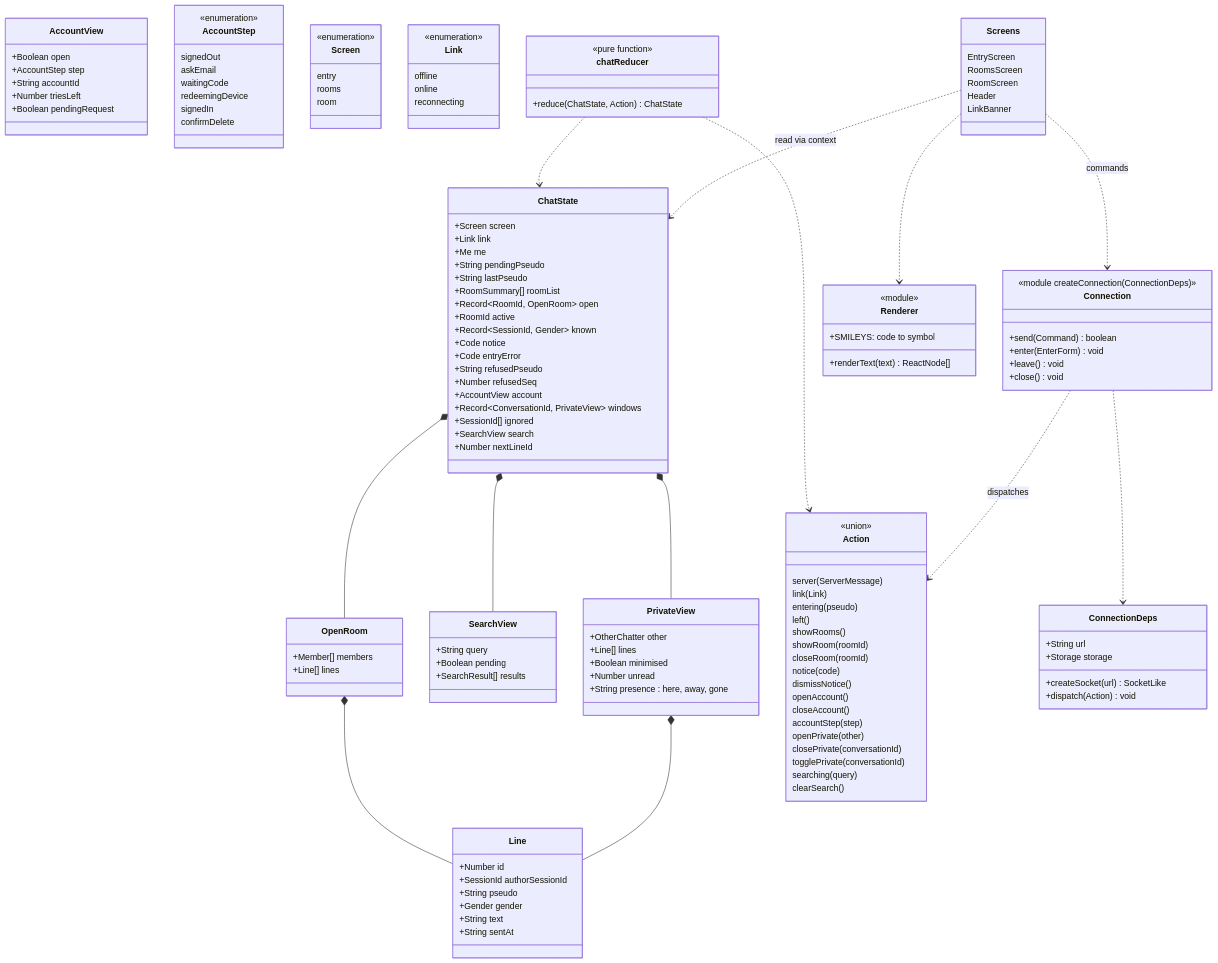
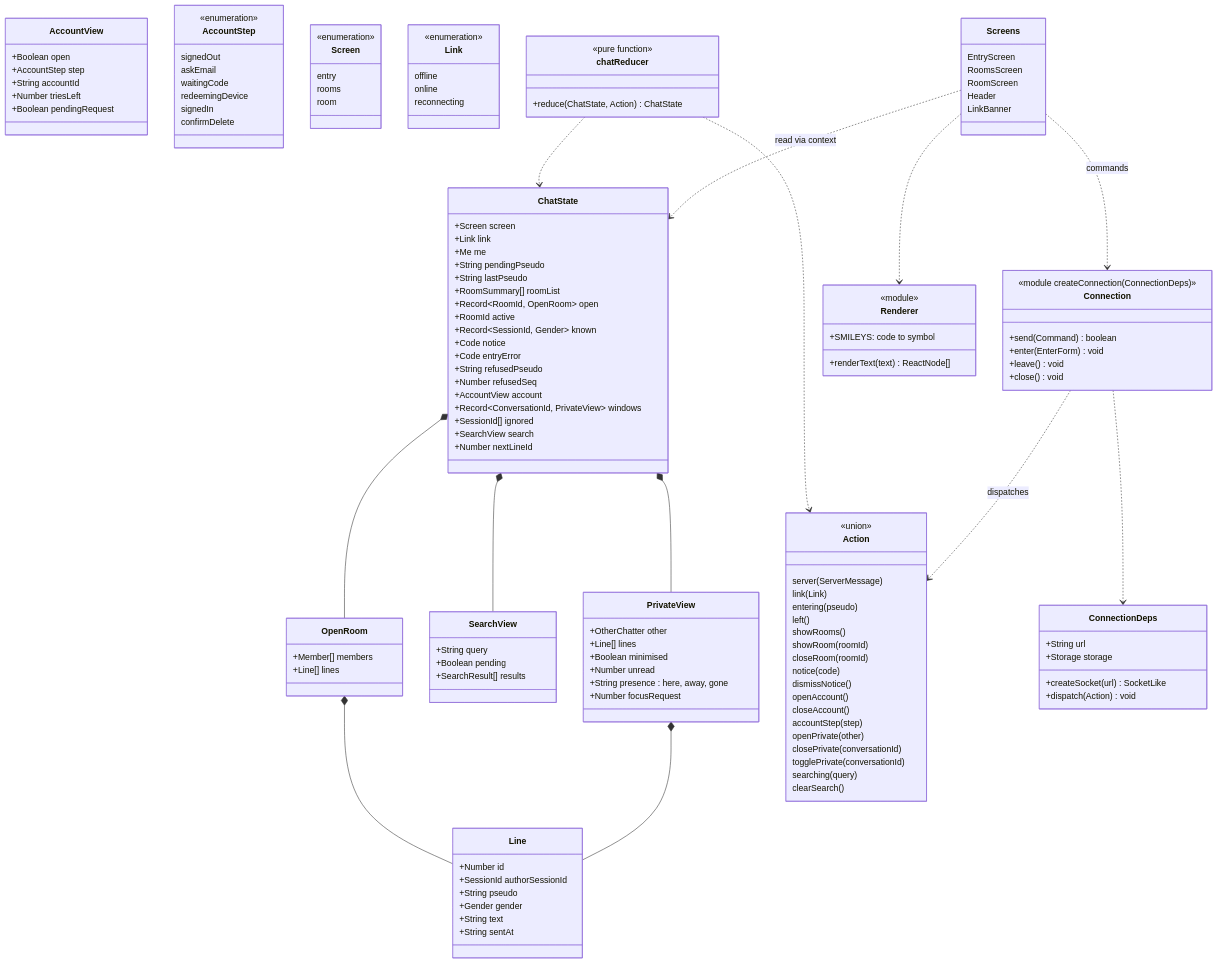
Before and after one commit to benoit-bremaud/asv: the diagram in docs/architecture/diagrams/web-ui/04-class-client-state.md, drawn with Mermaid. The commit also changed other lines of this file and 16 other files, not shown here.

```diff
--- a/docs/architecture/diagrams/web-ui/04-class-client-state.md
+++ b/docs/architecture/diagrams/web-ui/04-class-client-state.md
@@ -42,6 +42,7 @@
     +Boolean minimised
     +Number unread
     +String presence : here, away, gone
+    +Number focusRequest
   }
   class SearchView {
     +String query
```
